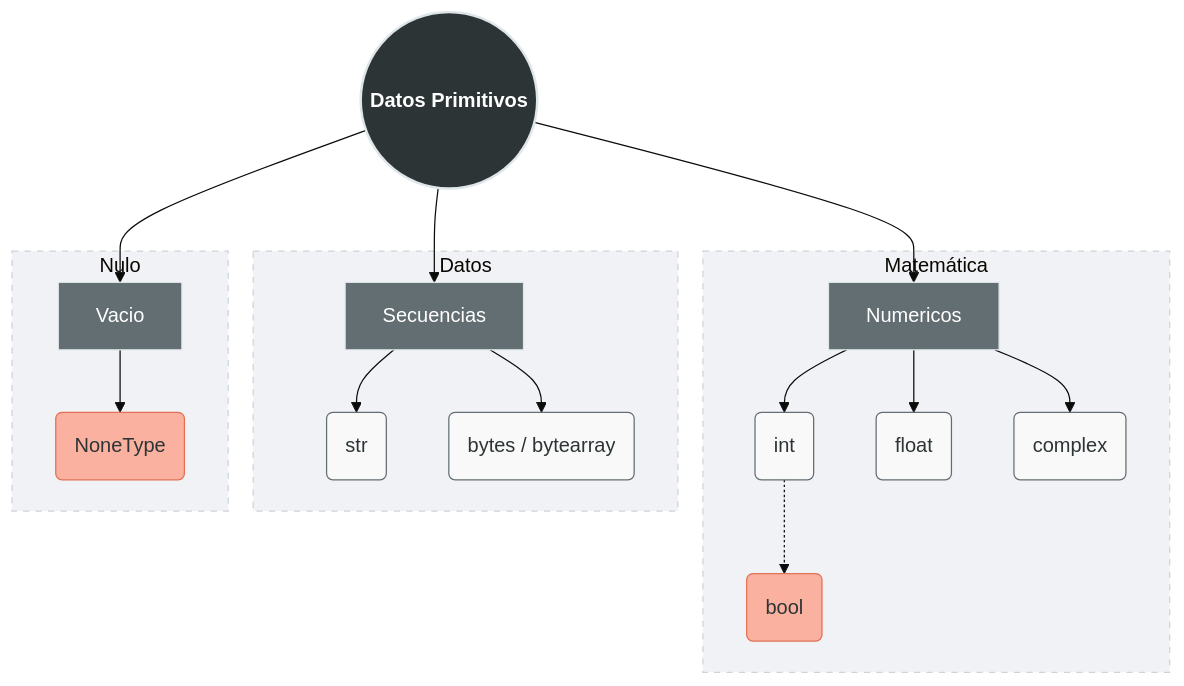
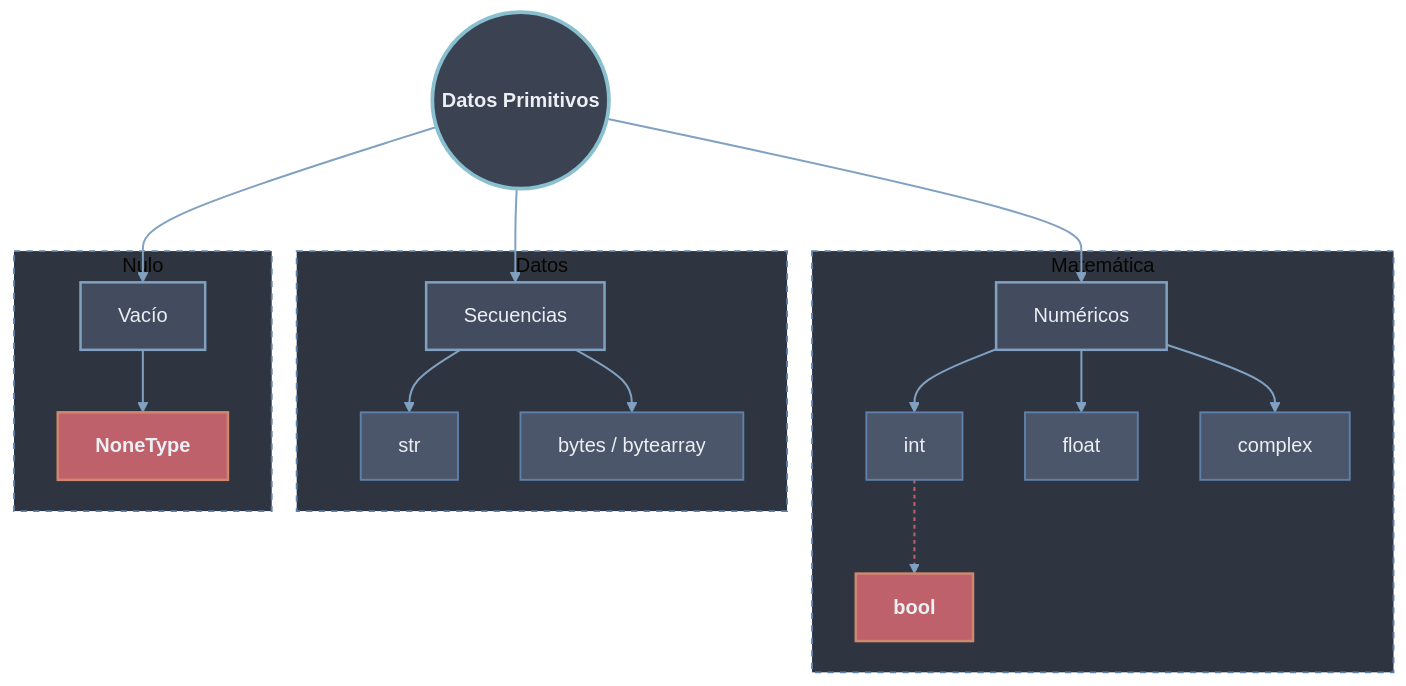
The diagram in 100 Programación Orientada a Procesos/10 Variables y Tipos de Datos/01 Datos Primitivos.md (Pineapple-Mikael-Engineer/Python_Obsidian), drawn with Mermaid (base theme) before and after one commit. The commit also changed 9 other files, not shown here.

Commit message:
fix: Arreglar Graficos Mermaid a Estandar

````diff
--- a/100 Programación Orientada a Procesos/10 Variables y Tipos de Datos/01 Datos Primitivos.md
+++ b/100 Programación Orientada a Procesos/10 Variables y Tipos de Datos/01 Datos Primitivos.md
@@ -14,33 +14,37 @@
 ```mermaid
 flowchart TD
-    classDef principal fill:#2d3436,stroke:#dfe6e9,stroke-width:2px,color:#fff,font-weight:bold;
-    classDef categoria fill:#636e72,stroke:#dfe6e9,stroke-width:1px,color:#fff;
-    classDef tipo fill:#f9f9f9,stroke:#636e72,stroke-width:1px,color:#2d3436;
-    classDef especial fill:#fab1a0,stroke:#e17055,stroke-width:1px,color:#2d3436;
+    classDef raiz fill:#3b4252,stroke:#88c0d0,stroke-width:3px,color:#eceff4,font-weight:bold;
+    classDef categoria fill:#434c5e,stroke:#81a1c1,stroke-width:2px,color:#eceff4;
+    classDef subcategoria fill:#4c566a,stroke:#5e81ac,stroke-width:1.5px,color:#eceff4;
+    classDef especial fill:#bf616a,stroke:#d08770,stroke-width:2px,color:#eceff4,font-weight:bold;
 
-    Title((Datos Primitivos)):::principal
+    Title((Datos Primitivos)):::raiz
 
-    Title --> Numericos[Numericos]:::categoria
+    Title --> Numericos[Numéricos]:::categoria
     Title --> Secuencias[Secuencias]:::categoria
-    Title --> Vacio[Vacio]:::categoria
+    Title --> Vacio[Vacío]:::categoria
 
     subgraph G1 [Matemática]
-        Numericos --> Entero(int):::tipo
-        Numericos --> Flotante(float):::tipo
-        Numericos --> Complejo(complex):::tipo
-        Entero -.-> Booleano(bool):::especial
+        Numericos --> Entero[int]:::subcategoria
+        Numericos --> Flotante[float]:::subcategoria
+        Numericos --> Complejo[complex]:::subcategoria
+        Entero -.-> Booleano[bool]:::especial
     end
 
     subgraph G2 [Datos]
-        Secuencias --> Cadenas(str):::tipo
-        Secuencias --> Binarios(bytes / bytearray):::tipo
+        Secuencias --> Cadenas[str]:::subcategoria
+        Secuencias --> Binarios[bytes / bytearray]:::subcategoria
     end
 
     subgraph G3 [Nulo]
-        Vacio --> NoneT(NoneType):::especial
+        Vacio --> NoneT[NoneType]:::especial
     end
 
-    style G1 fill:#f1f2f6,stroke:#ced4da,stroke-dasharray: 5 5
-    style G2 fill:#f1f2f6,stroke:#ced4da,stroke-dasharray: 5 5
-    style G3 fill:#f1f2f6,stroke:#ced4da,stroke-dasharray: 5 5
+    style G1 fill:#2e3440,stroke:#5e81ac,stroke-dasharray:5 5,stroke-width:1.5px
+    style G2 fill:#2e3440,stroke:#5e81ac,stroke-dasharray:5 5,stroke-width:1.5px
+    style G3 fill:#2e3440,stroke:#5e81ac,stroke-dasharray:5 5,stroke-width:1.5px
+
+    linkStyle default stroke:#81a1c1,stroke-width:1.6px
+    linkStyle 6 stroke:#bf616a,stroke-width:1.6px,stroke-dasharray:3 3
+
 ```
````
